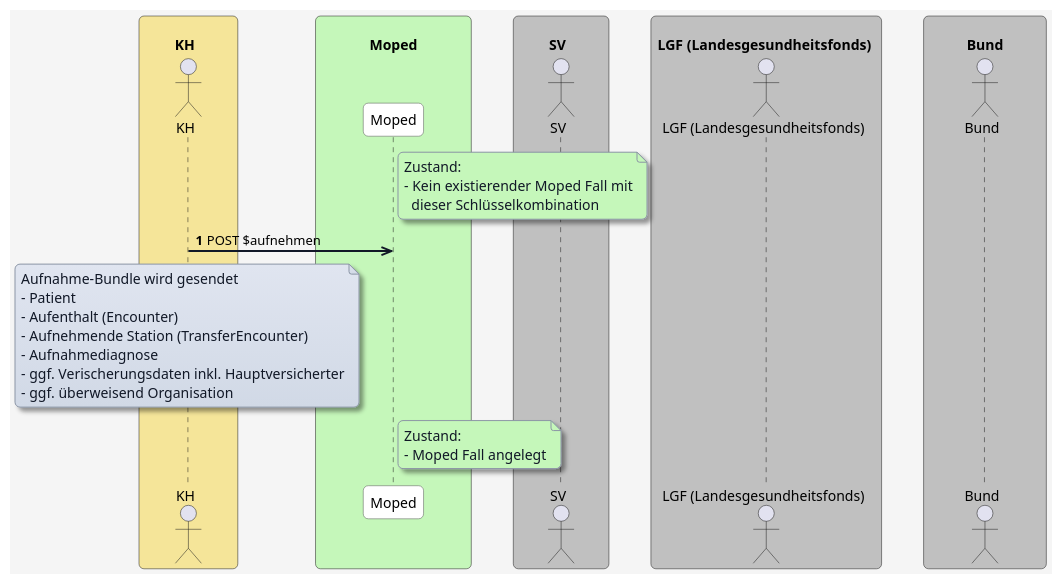
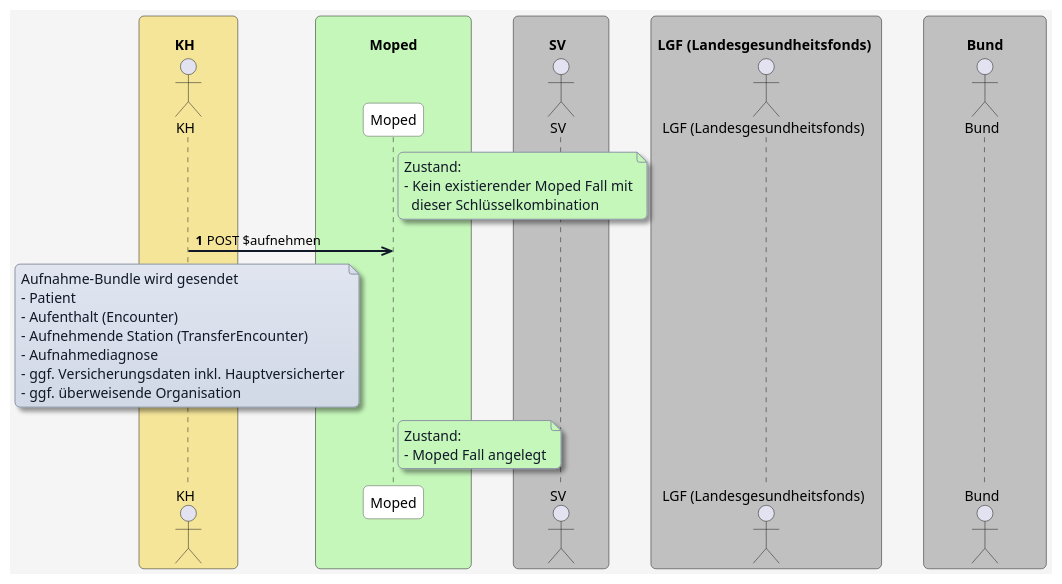
One commit to HL7Austria/ELGA-MOPED-R5 changed the diagram in input/images-source/Aufnahme/aufnehmen.plantuml. Above: the diagram before and after it, drawn with PlantUML. The commit also changed 1 other file, not shown here.

```diff
--- a/input/images-source/Aufnahme/aufnehmen.plantuml
+++ b/input/images-source/Aufnahme/aufnehmen.plantuml
@@ -1,86 +1,86 @@
 @startuml
 skinparam borderColor #000000
 skinparam backgroundColor #f5f5f5
 skinparam shadowing false
 skinparam roundCorner 10
 skinparam defaultFontName "Arial"
 skinparam defaultFontSize 14
 skinparam defaultFontColor #000000
 
 skinparam note {
   BackgroundColor #e0e5f0-#d1d9e6
   BorderColor #8b95a5
   BorderThickness 1
   RoundCorner 8
   Padding 6
   FontColor #111827
   Shadowing true
 }
 
 skinparam HyperlinkColor #0000EE
 skinparam HyperlinkUnderline false
 
 skinparam sequence {
   ParticipantBorderColor #555555
   ParticipantBackgroundColor #ffffff
   ParticipantFontColor #000000
   ParticipantFontSize 14
   ParticipantPadding 20
   ArrowColor #111827
   ArrowThickness 2
   ArrowFontColor #000000
   ArrowFontSize 13
   GroupBorderColor #111827
   GroupBackgroundColor #f3f4f6
   GroupBorderThickness 1
 }
 
 skinparam BoxPadding 20
 skinparam BoxBorderColor #555555
 
 box "\n         KH           " #f5e599
   actor KH as "KH"
 end box
 
 box "\n              Moped              " #c5f7ba
   participant MP as "Moped"
 end box
 
 box "\n         SV           " #c0c0c0
   actor SV as "SV"
 end box
 
 box "\n LGF (Landesgesundheitsfonds)  " #c0c0c0
   actor LGF as "LGF (Landesgesundheitsfonds)"
 end box
 
 box "\n           Bund           " #c0c0c0
   actor Bund as "Bund"
 end box
 
 autonumber
 
 note right of MP #c5f7ba
 Zustand:
 - Kein existierender Moped Fall mit
   dieser Schlüsselkombination
 end note
 
 KH ->> MP: POST $aufnehmen
 
 note over KH
 Aufnahme-Bundle wird gesendet
 - Patient
 - Aufenthalt (Encounter)
 - Aufnehmende Station (TransferEncounter)
 - Aufnahmediagnose
-- ggf. Verischerungsdaten inkl. Hauptversicherter
-- ggf. überweisend Organisation
+- ggf. Versicherungsdaten inkl. Hauptversicherter
+- ggf. überweisende Organisation
 end note
 
 note right of MP #c5f7ba
 Zustand:
 - Moped Fall angelegt
 end note
 
 @enduml
```
